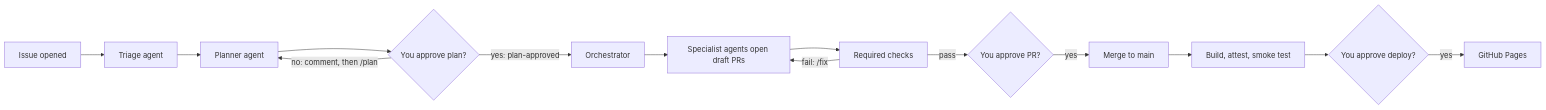
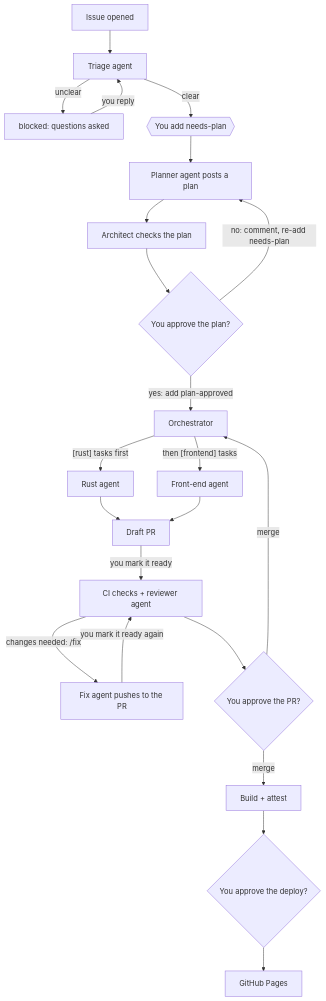
Before and after one commit to andyhutch77/velocity-generator-rs: the first of 3 diagrams in README.md, drawn with Mermaid. The commit also changed other lines of this file and 5 other files, not shown here.

````diff
--- a/README.md
+++ b/README.md
@@ -47,16 +47,24 @@
 ```mermaid
-flowchart LR
-    A[Issue opened] --> B[Triage agent]
-    B --> C[Planner agent]
-    C --> D{You approve plan?}
-    D -- "no: comment, then /plan" --> C
-    D -- "yes: plan-approved" --> E[Orchestrator]
-    E --> F[Specialist agents open draft PRs]
-    F --> G[Required checks]
-    G -- "fail: /fix" --> F
-    G -- pass --> H{You approve PR?}
-    H -- yes --> I[Merge to main]
-    I --> J[Build, attest, smoke test]
-    J --> K{You approve deploy?}
-    K -- yes --> L[GitHub Pages]
+flowchart TB
+    A[Issue opened] --> T[Triage agent]
+    T -- unclear --> BL[blocked: questions asked]
+    BL -- you reply --> T
+    T -- clear --> NP{{You add needs-plan}}
+    NP --> P[Planner agent posts a plan]
+    P --> AR[Architect checks the plan]
+    AR --> G1{You approve the plan?}
+    G1 -- "no: comment, re-add needs-plan" --> P
+    G1 -- "yes: add plan-approved" --> O[Orchestrator]
+    O -- "[rust] tasks first" --> R[Rust agent]
+    O -- "then [frontend] tasks" --> FE[Front-end agent]
+    R --> PR[Draft PR]
+    FE --> PR
+    PR -- you mark it ready --> CI[CI checks + reviewer agent]
+    CI -- "changes needed: /fix" --> FX[Fix agent pushes to the PR]
+    FX -- you mark it ready again --> CI
+    CI --> G2{You approve the PR?}
+    G2 -- merge --> O
+    G2 -- merge --> D[Build + attest]
+    D --> G3{You approve the deploy?}
+    G3 --> PAGES[GitHub Pages]
 ```
````
